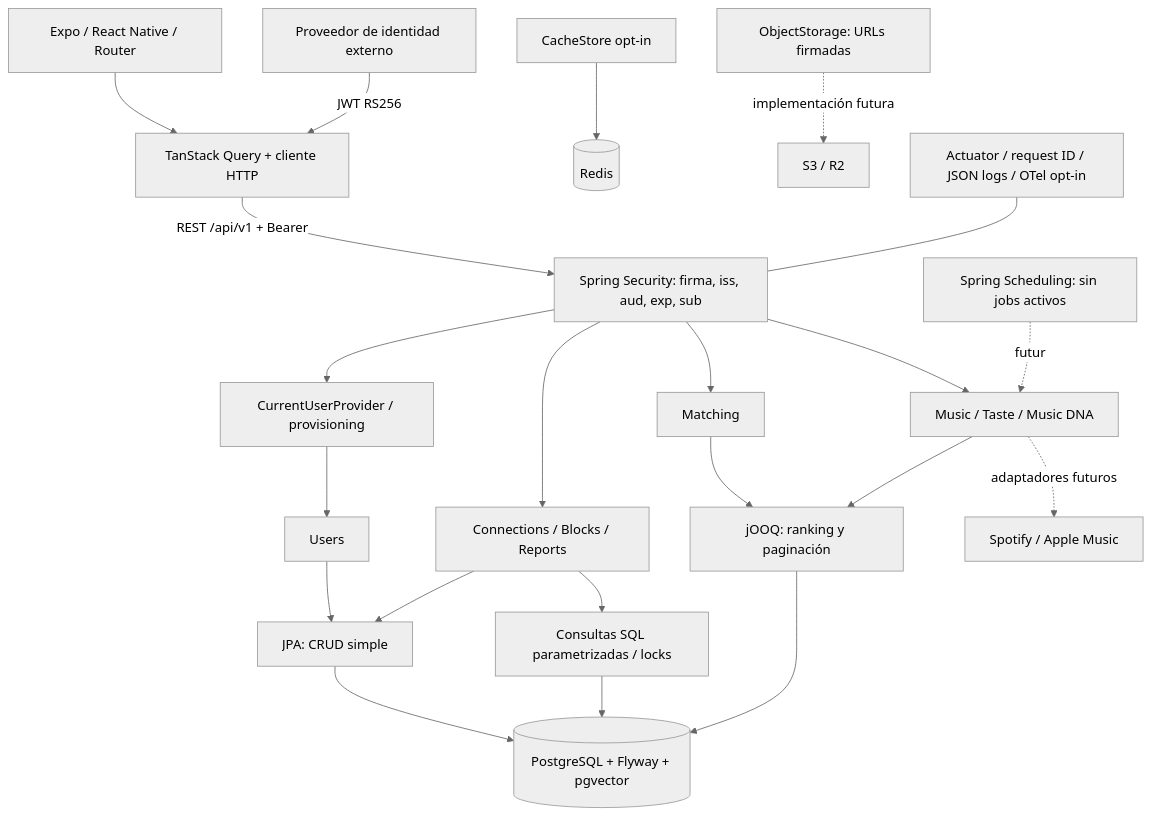
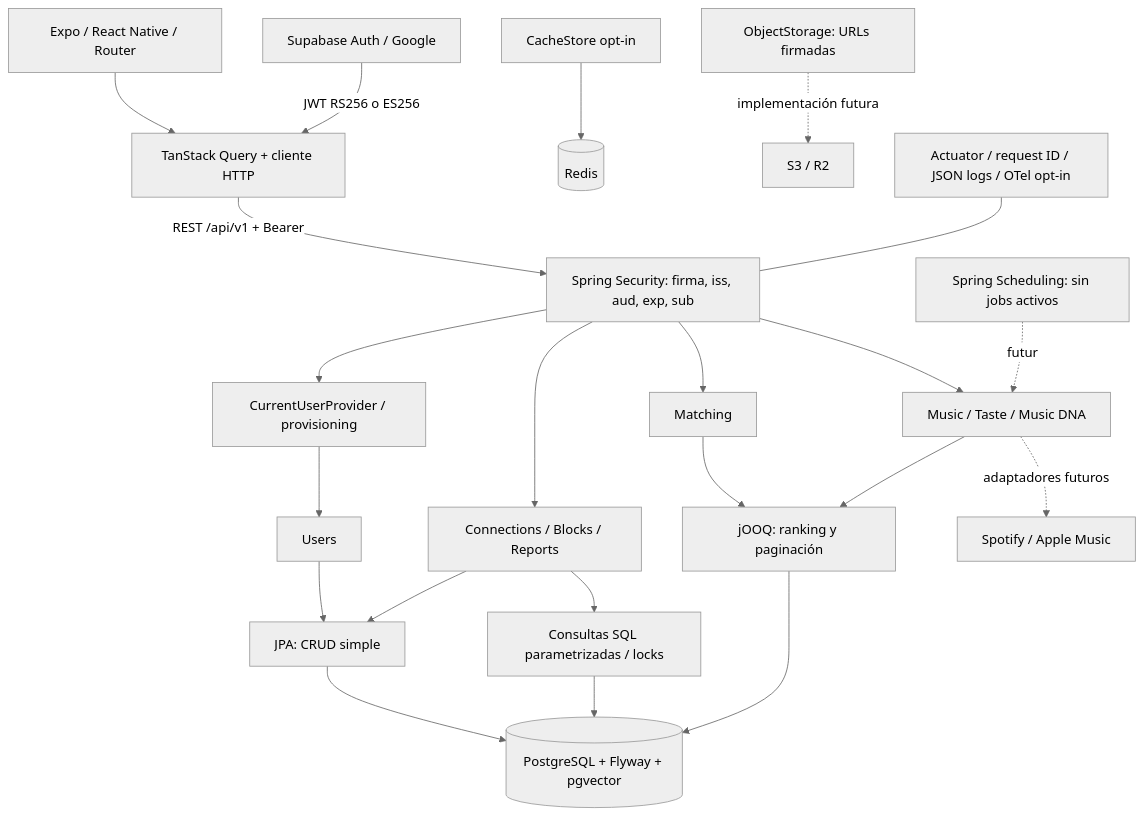
One commit to PZM7/wavelength changed the diagram in docs/architecture.md. Above: the diagram before and after it, drawn with Mermaid (neutral theme). The commit also changed other lines of this file and 25 other files, not shown here.

````diff
--- a/docs/architecture.md
+++ b/docs/architecture.md
@@ -8,24 +8,24 @@
 ```mermaid
 flowchart TD
   Mobile[Expo / React Native / Router] --> Query[TanStack Query + cliente HTTP]
-  Identity[Proveedor de identidad externo] -->|JWT RS256| Query
+  Identity[Supabase Auth / Google] -->|JWT RS256 o ES256| Query
   Query -->|REST /api/v1 + Bearer| Security[Spring Security: firma, iss, aud, exp, sub]
   Security --> Auth[CurrentUserProvider / provisioning]
   Auth --> Users[Users]
   Security --> Music[Music / Taste / Music DNA]
   Security --> Matching[Matching]
   Security --> Social[Connections / Blocks / Reports]
   Users --> JPA[JPA: CRUD simple]
   Social --> JPA
   Social --> SQL[Consultas SQL parametrizadas / locks]
   Matching --> JOOQ[jOOQ: ranking y paginación]
   Music --> JOOQ
   JPA --> PG[(PostgreSQL + Flyway + pgvector)]
   SQL --> PG
   JOOQ --> PG
   Music -.adaptadores futuros.-> Providers[Spotify / Apple Music]
   Cache[CacheStore opt-in] --> Redis[(Redis)]
   Storage[ObjectStorage: URLs firmadas] -.implementación futura.-> S3[S3 / R2]
   Jobs[Spring Scheduling: sin jobs activos] -.futuro.-> Music
   Obs[Actuator / request ID / JSON logs / OTel opt-in] --- Security
 ```
````
